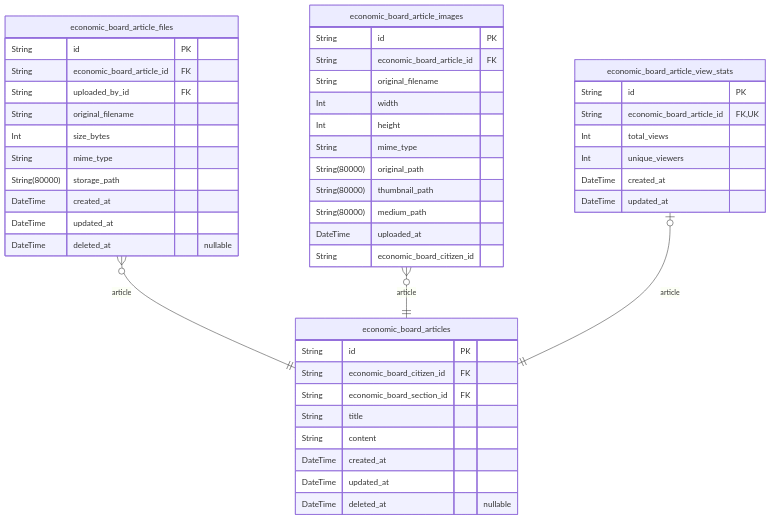
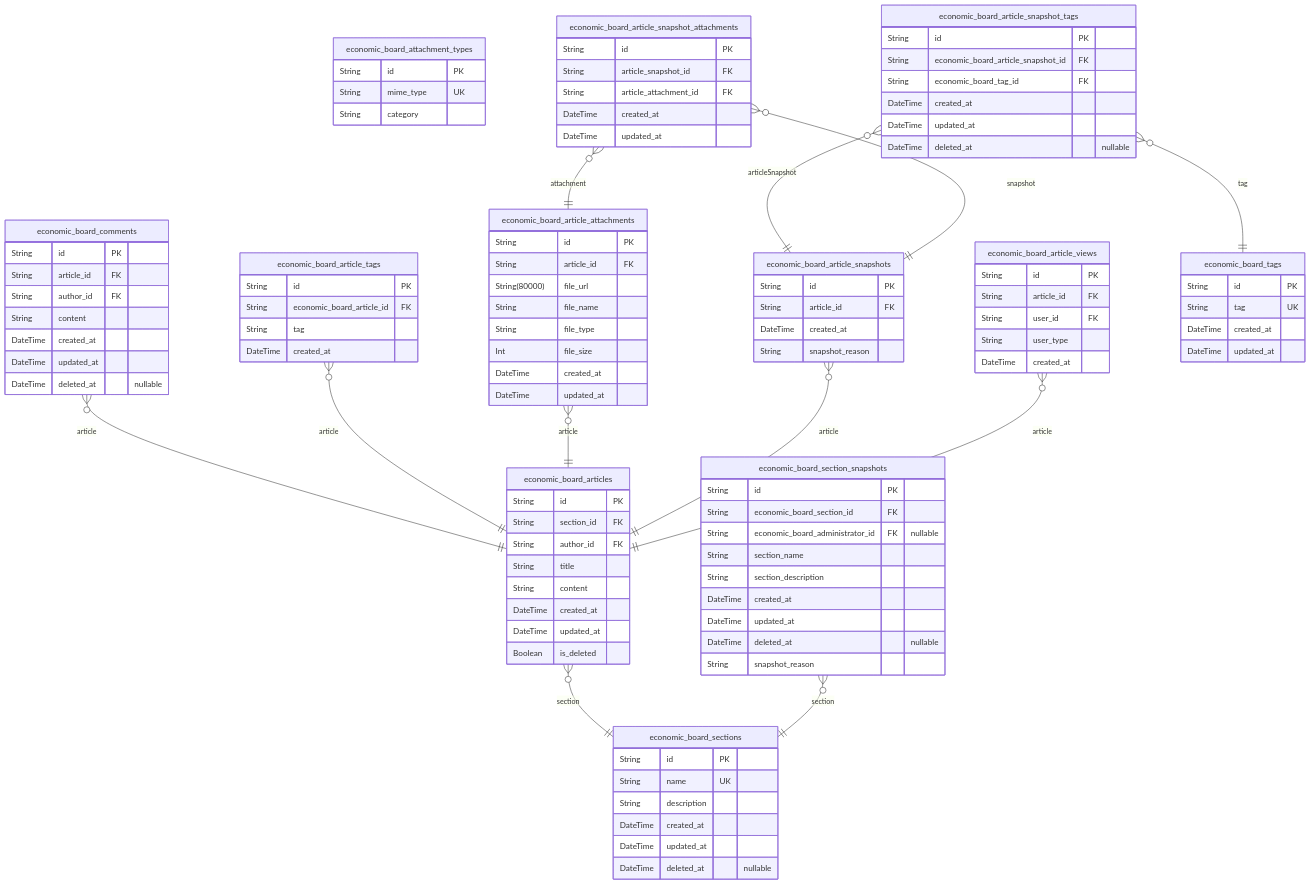
Before and after one commit to wrtnlabs/autobe-examples: the second of 2 diagrams in qwen/qwen3-next-80b-a3b-instruct/bbs/docs/ERD.md, drawn with Mermaid. The commit also changed other lines of this file and 25939 other files, not shown here.

````diff
--- a/qwen/qwen3-next-80b-a3b-instruct/bbs/docs/ERD.md
+++ b/qwen/qwen3-next-80b-a3b-instruct/bbs/docs/ERD.md
@@ -721,48 +386,106 @@
 erDiagram
 "economic_board_articles" {
   String id PK
-  String economic_board_citizen_id FK
-  String economic_board_section_id FK
+  String section_id FK
+  String author_id FK
   String title
+  String content
+  DateTime created_at
+  DateTime updated_at
+  Boolean is_deleted
+}
+"economic_board_sections" {
+  String id PK
+  String name UK
+  String description
+  DateTime created_at
+  DateTime updated_at
+  DateTime deleted_at "nullable"
+}
+"economic_board_comments" {
+  String id PK
+  String article_id FK
+  String author_id FK
   String content
   DateTime created_at
   DateTime updated_at
   DateTime deleted_at "nullable"
 }
-"economic_board_article_files" {
+"economic_board_article_tags" {
   String id PK
   String economic_board_article_id FK
-  String uploaded_by_id FK
-  String original_filename
-  Int size_bytes
-  String mime_type
-  String(80000) storage_path
+  String tag
+  DateTime created_at
+}
+"economic_board_article_attachments" {
+  String id PK
+  String article_id FK
+  String(80000) file_url
+  String file_name
+  String file_type
+  Int file_size
+  DateTime created_at
+  DateTime updated_at
+}
+"economic_board_article_snapshots" {
+  String id PK
+  String article_id FK
+  DateTime created_at
+  String snapshot_reason
+}
+"economic_board_section_snapshots" {
+  String id PK
+  String economic_board_section_id FK
+  String economic_board_administrator_id FK "nullable"
+  String section_name
+  String section_description
+  DateTime created_at
+  DateTime updated_at
+  DateTime deleted_at "nullable"
+  String snapshot_reason
+}
+"economic_board_article_views" {
+  String id PK
+  String article_id FK
+  String user_id FK
+  String user_type
+  DateTime created_at
+}
+"economic_board_tags" {
+  String id PK
+  String tag UK
+  DateTime created_at
+  DateTime updated_at
+}
+"economic_board_attachment_types" {
+  String id PK
+  String mime_type UK
+  String category
+}
+"economic_board_article_snapshot_tags" {
+  String id PK
+  String economic_board_article_snapshot_id FK
+  String economic_board_tag_id FK
   DateTime created_at
   DateTime updated_at
   DateTime deleted_at "nullable"
 }
-"economic_board_article_images" {
+"economic_board_article_snapshot_attachments" {
   String id PK
-  String economic_board_article_id FK
-  String original_filename
-  Int width
-  Int height
-  String mime_type
-  String(80000) original_path
-  String(80000) thumbnail_path
-  String(80000) medium_path
-  DateTime uploaded_at
-  String economic_board_citizen_id
-}
-"economic_board_article_view_stats" {
-  String id PK
-  String economic_board_article_id FK,UK
-  Int total_views
-  Int unique_viewers
+  String article_snapshot_id FK
+  String article_attachment_id FK
   DateTime created_at
   DateTime updated_at
 }
-"economic_board_article_files" }o--|| "economic_board_articles" : article
-"economic_board_article_images" }o--|| "economic_board_articles" : article
-"economic_board_article_view_stats" |o--|| "economic_board_articles" : article
+"economic_board_articles" }o--|| "economic_board_sections" : section
+"economic_board_comments" }o--|| "economic_board_articles" : article
+"economic_board_article_tags" }o--|| "economic_board_articles" : article
+"economic_board_article_attachments" }o--|| "economic_board_articles" : article
+"economic_board_article_snapshots" }o--|| "economic_board_articles" : article
+"economic_board_section_snapshots" }o--|| "economic_board_sections" : section
+"economic_board_article_views" }o--|| "economic_board_articles" : article
+"economic_board_article_snapshot_tags" }o--|| "economic_board_article_snapshots" : articleSnapshot
+"economic_board_article_snapshot_tags" }o--|| "economic_board_tags" : tag
+"economic_board_article_snapshot_attachments" }o--|| "economic_board_article_snapshots" : snapshot
+"economic_board_article_snapshot_attachments" }o--|| "economic_board_article_attachments" : attachment
 ```
````
